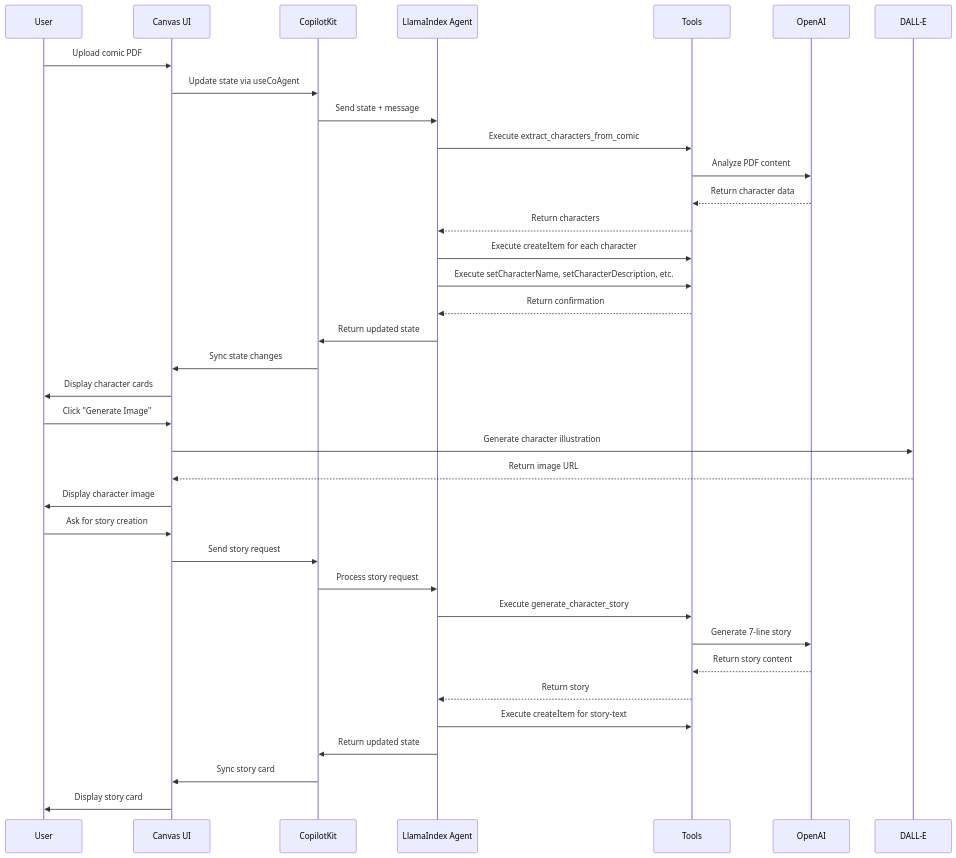
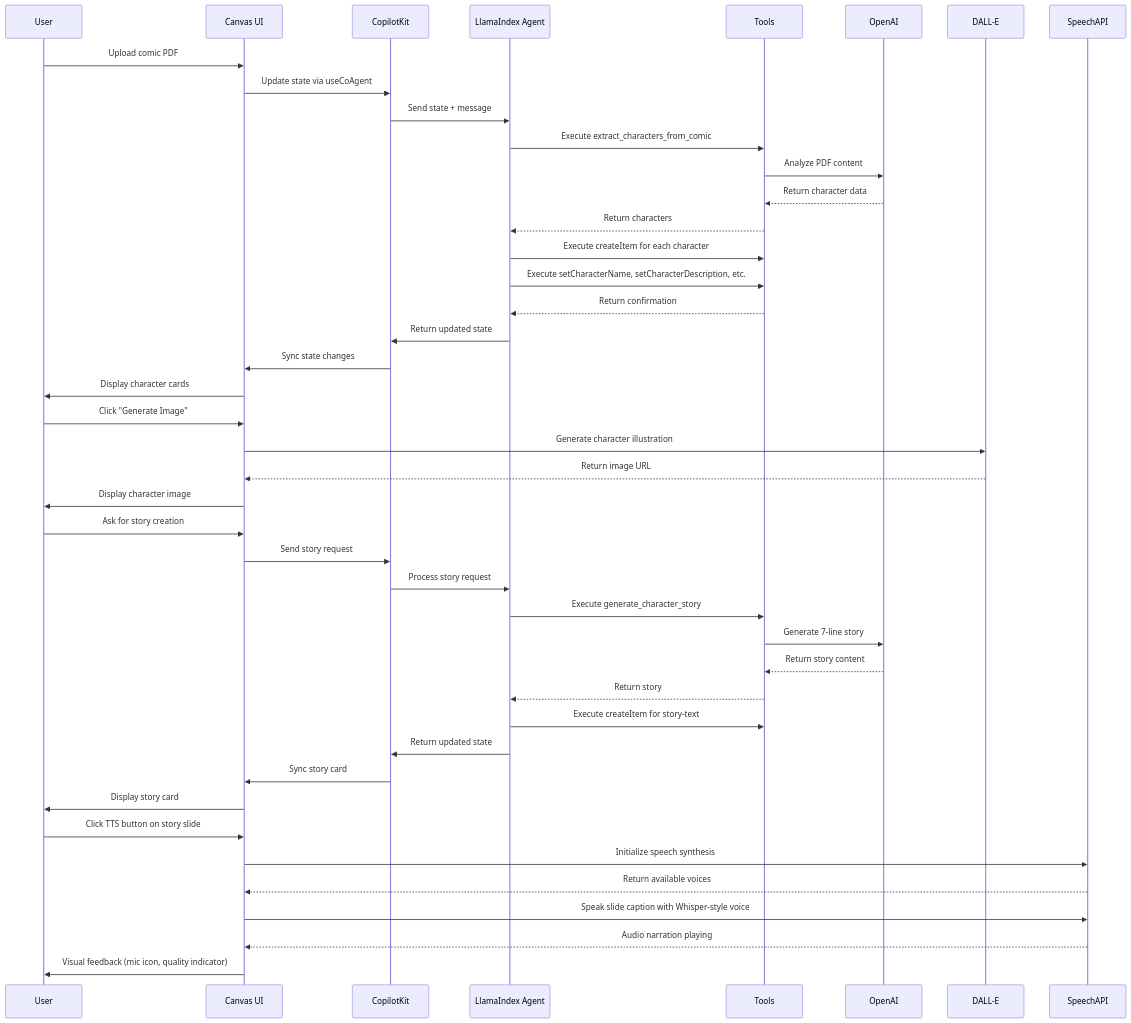
The second of 2 diagrams in z_PROJECT_DESCRIPTION.md (soul-bits/tiny_legends), drawn with Mermaid before and after one commit. The commit also changed other lines of this file and 2 other files, not shown here.

````diff
--- a/z_PROJECT_DESCRIPTION.md
+++ b/z_PROJECT_DESCRIPTION.md
@@ -187,41 +237,48 @@
 ```mermaid
 sequenceDiagram
     participant User
     participant UI as Canvas UI
     participant CK as CopilotKit
     participant Agent as LlamaIndex Agent
     participant Tools
     participant OpenAI
     participant DALL-E
     
     User->>UI: Upload comic PDF
     UI->>CK: Update state via useCoAgent
     CK->>Agent: Send state + message
     Agent->>Tools: Execute extract_characters_from_comic
     Tools->>OpenAI: Analyze PDF content
     OpenAI-->>Tools: Return character data
     Tools-->>Agent: Return characters
     Agent->>Tools: Execute createItem for each character
     Agent->>Tools: Execute setCharacterName, setCharacterDescription, etc.
     Tools-->>Agent: Return confirmation
     Agent->>CK: Return updated state
     CK->>UI: Sync state changes
     UI->>User: Display character cards
     
     User->>UI: Click "Generate Image"
     UI->>DALL-E: Generate character illustration
     DALL-E-->>UI: Return image URL
     UI->>User: Display character image
     
     User->>UI: Ask for story creation
     UI->>CK: Send story request
     CK->>Agent: Process story request
     Agent->>Tools: Execute generate_character_story
     Tools->>OpenAI: Generate 7-line story
     OpenAI-->>Tools: Return story content
     Tools-->>Agent: Return story
     Agent->>Tools: Execute createItem for story-text
     Agent->>CK: Return updated state
     CK->>UI: Sync story card
     UI->>User: Display story card
+    
+    User->>UI: Click TTS button on story slide
+    UI->>SpeechAPI: Initialize speech synthesis
+    SpeechAPI-->>UI: Return available voices
+    UI->>SpeechAPI: Speak slide caption with Whisper-style voice
+    SpeechAPI-->>UI: Audio narration playing
+    UI->>User: Visual feedback (mic icon, quality indicator)
 ```
````
